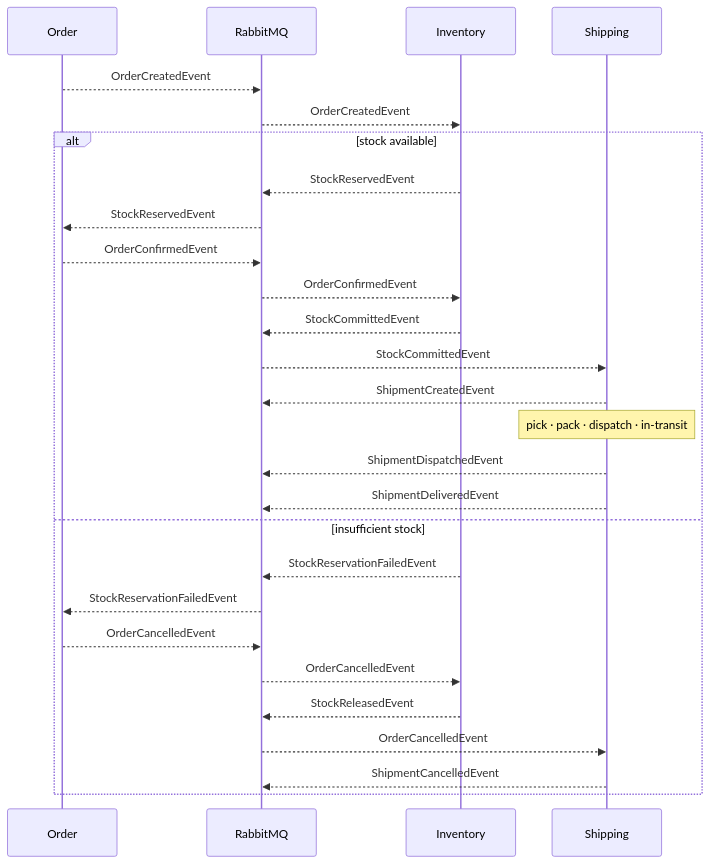
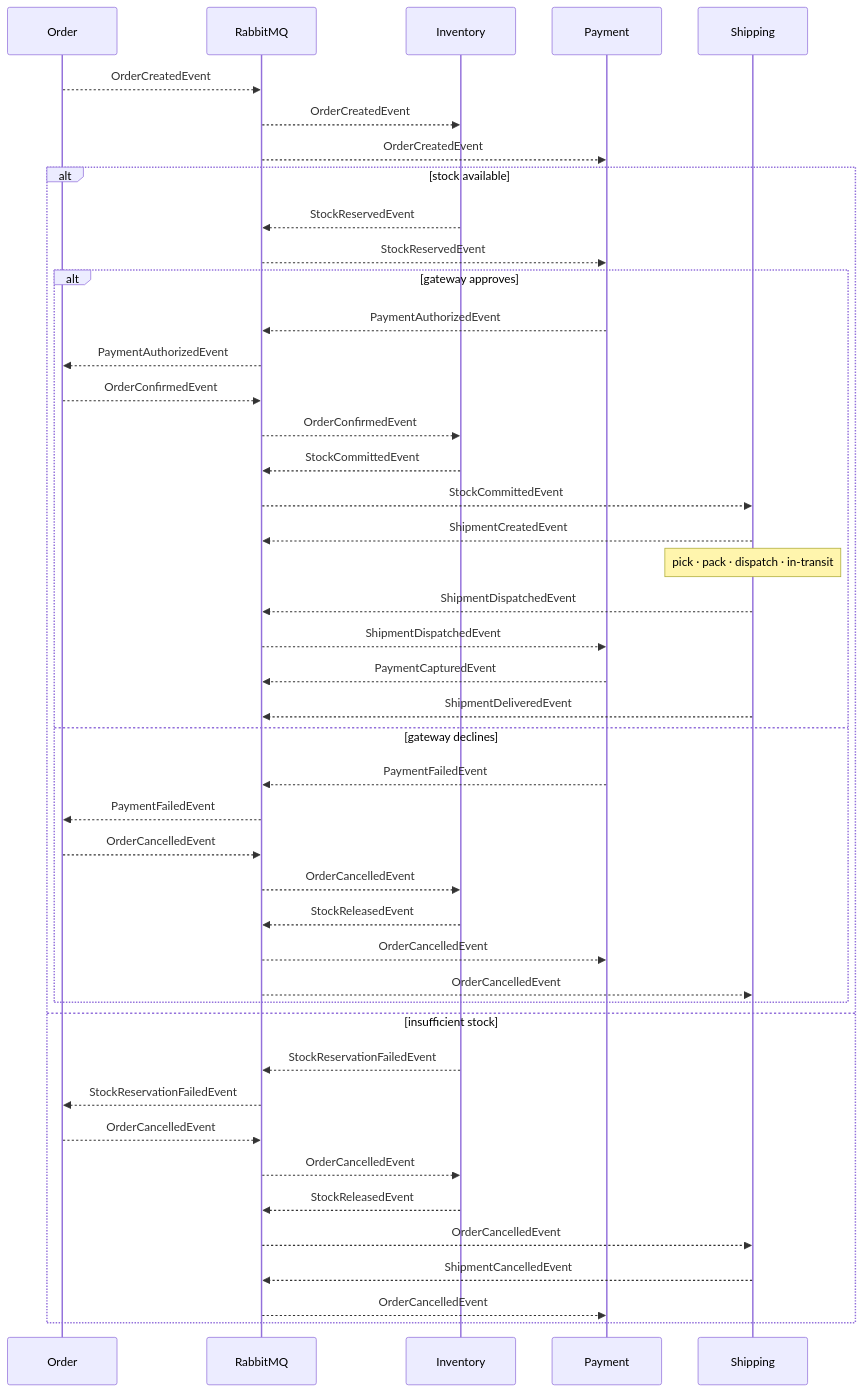
Before and after one commit to daonhan/Microservices-in-.NET: the diagram in docs/wiki/Integration-Events.md, drawn with Mermaid. The commit also changed other lines of this file and 7 other files, not shown here.

````diff
--- a/docs/wiki/Integration-Events.md
+++ b/docs/wiki/Integration-Events.md
@@ -32,30 +36,47 @@
 ```mermaid
 sequenceDiagram
     participant Order
     participant Bus as RabbitMQ
     participant Inventory
+    participant Payment
     participant Shipping
 
     Order-->>Bus: OrderCreatedEvent
     Bus-->>Inventory: OrderCreatedEvent
+    Bus-->>Payment: OrderCreatedEvent
     alt stock available
         Inventory-->>Bus: StockReservedEvent
-        Bus-->>Order: StockReservedEvent
-        Order-->>Bus: OrderConfirmedEvent
-        Bus-->>Inventory: OrderConfirmedEvent
-        Inventory-->>Bus: StockCommittedEvent
-        Bus-->>Shipping: StockCommittedEvent
-        Shipping-->>Bus: ShipmentCreatedEvent
-        Note over Shipping: pick · pack · dispatch · in-transit
-        Shipping-->>Bus: ShipmentDispatchedEvent
-        Shipping-->>Bus: ShipmentDeliveredEvent
+        Bus-->>Payment: StockReservedEvent
+        alt gateway approves
+            Payment-->>Bus: PaymentAuthorizedEvent
+            Bus-->>Order: PaymentAuthorizedEvent
+            Order-->>Bus: OrderConfirmedEvent
+            Bus-->>Inventory: OrderConfirmedEvent
+            Inventory-->>Bus: StockCommittedEvent
+            Bus-->>Shipping: StockCommittedEvent
+            Shipping-->>Bus: ShipmentCreatedEvent
+            Note over Shipping: pick · pack · dispatch · in-transit
+            Shipping-->>Bus: ShipmentDispatchedEvent
+            Bus-->>Payment: ShipmentDispatchedEvent
+            Payment-->>Bus: PaymentCapturedEvent
+            Shipping-->>Bus: ShipmentDeliveredEvent
+        else gateway declines
+            Payment-->>Bus: PaymentFailedEvent
+            Bus-->>Order: PaymentFailedEvent
+            Order-->>Bus: OrderCancelledEvent
+            Bus-->>Inventory: OrderCancelledEvent
+            Inventory-->>Bus: StockReleasedEvent
+            Bus-->>Payment: OrderCancelledEvent
+            Bus-->>Shipping: OrderCancelledEvent
+        end
     else insufficient stock
         Inventory-->>Bus: StockReservationFailedEvent
         Bus-->>Order: StockReservationFailedEvent
         Order-->>Bus: OrderCancelledEvent
         Bus-->>Inventory: OrderCancelledEvent
         Inventory-->>Bus: StockReleasedEvent
         Bus-->>Shipping: OrderCancelledEvent
         Shipping-->>Bus: ShipmentCancelledEvent
+        Bus-->>Payment: OrderCancelledEvent
     end
 ```
````
